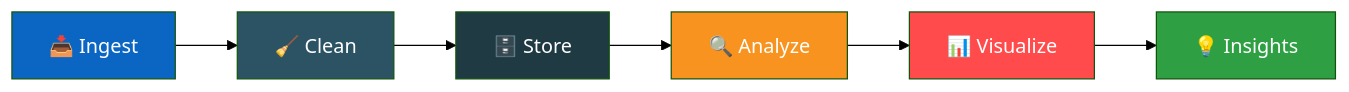
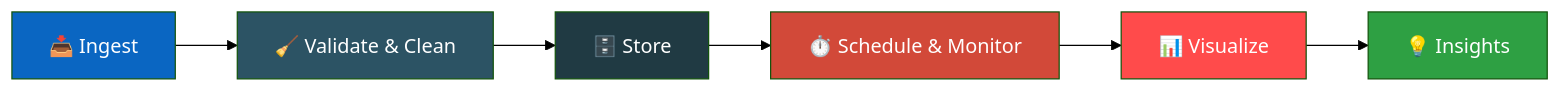
Before and after one commit to Pravink1005/Pravink1005: the diagram in README.md, drawn with Mermaid (forest theme). The commit also changed other lines of this file, not shown here.

````diff
--- a/README.md
+++ b/README.md
@@ -97,14 +101,14 @@
 ```mermaid
 flowchart LR
-    A[📥 Ingest] --> B[🧹 Clean]
+    A[📥 Ingest] --> B[🧹 Validate & Clean]
     B --> C[🗄️ Store]
-    C --> D[🔍 Analyze]
+    C --> D[⏱️ Schedule & Monitor]
     D --> E[📊 Visualize]
     E --> F[💡 Insights]
     style A fill:#0A66C2,color:#fff
     style B fill:#2c5364,color:#fff
     style C fill:#203a43,color:#fff
-    style D fill:#F7931E,color:#fff
+    style D fill:#D24939,color:#fff
     style E fill:#FF4B4B,color:#fff
     style F fill:#2ea043,color:#fff
 ```
````
